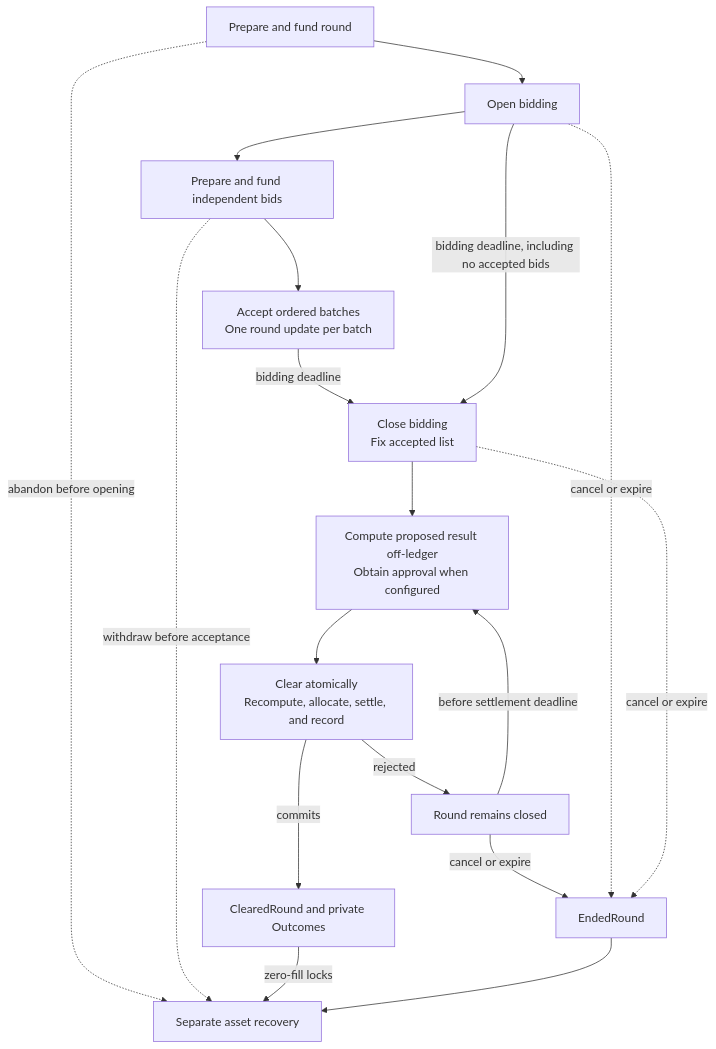
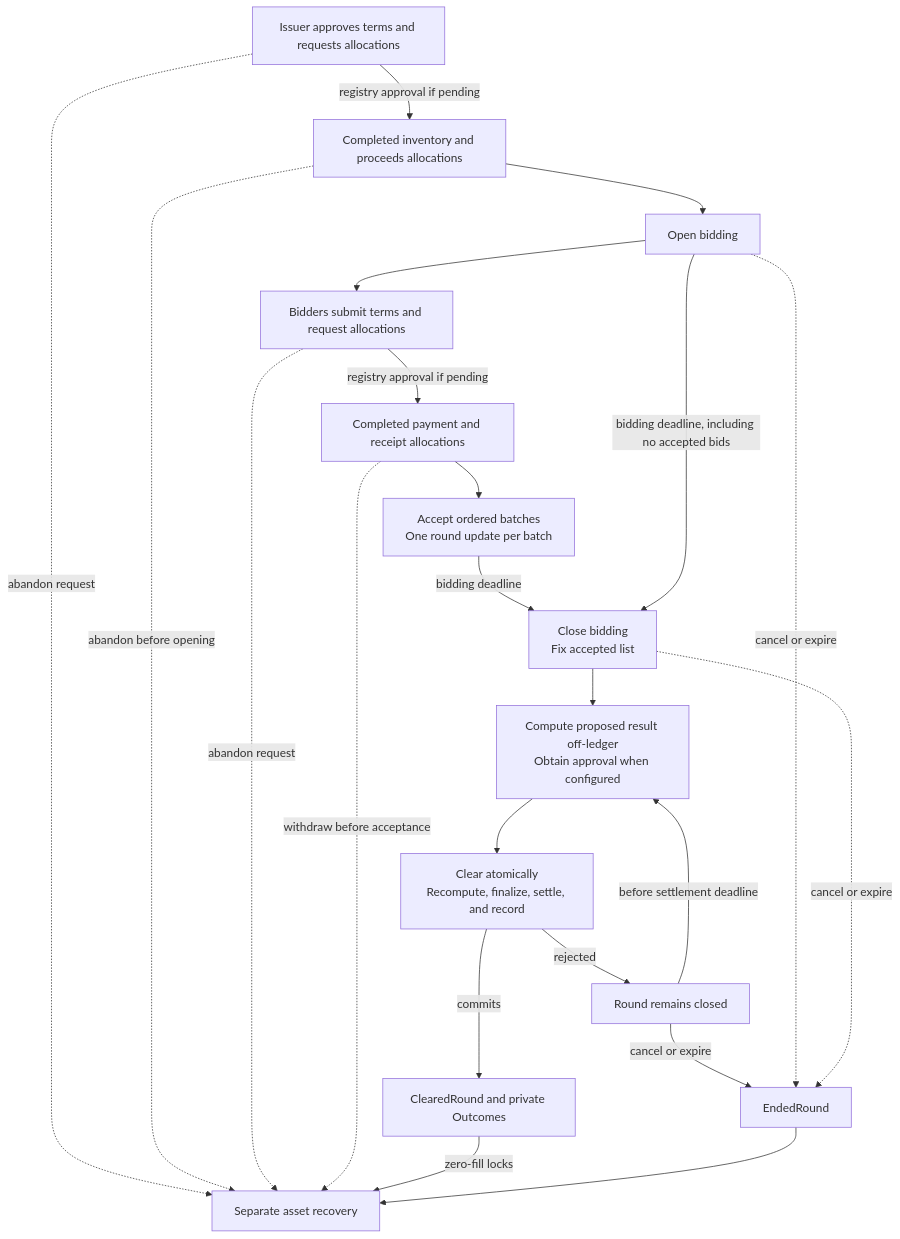
The diagram in docs/reference-architectures/confidential-auction.md (OpenZeppelin/canton-specs), drawn with Mermaid before and after one commit. The commit also changed other lines of this file, not shown here.

````diff
--- a/docs/reference-architectures/confidential-auction.md
+++ b/docs/reference-architectures/confidential-auction.md
@@ -234,20 +243,24 @@
 ```mermaid
 flowchart TB
-    PrepareRound["Prepare and fund round"] --> Open["Open bidding"]
-    Open --> PrepareBid["Prepare and fund independent bids"]
-    PrepareBid --> Accept["Accept ordered batches<br/>One round update per batch"]
+    PrepareRound["Issuer approves terms and requests allocations"] -->|"registry approval if pending"| RoundReady["Completed inventory and proceeds allocations"]
+    RoundReady --> Open["Open bidding"]
+    Open --> PrepareBid["Bidders submit terms and request allocations"]
+    PrepareBid -->|"registry approval if pending"| Ready["Completed payment and receipt allocations"]
+    Ready --> Accept["Accept ordered batches<br/>One round update per batch"]
     Accept -->|"bidding deadline"| Close["Close bidding<br/>Fix accepted list"]
     Open -->|"bidding deadline, including no accepted bids"| Close
     Close --> Propose["Compute proposed result off-ledger<br/>Obtain approval when configured"]
-    Propose --> Clear["Clear atomically<br/>Recompute, allocate, settle, and record"]
+    Propose --> Clear["Clear atomically<br/>Recompute, finalize, settle, and record"]
     Clear -->|"commits"| Done["ClearedRound and private Outcomes"]
     Clear -->|"rejected"| Retry["Round remains closed"]
     Retry -->|"before settlement deadline"| Propose
     Retry -->|"cancel or expire"| End["EndedRound"]
     Open -.->|"cancel or expire"| End
     Close -.->|"cancel or expire"| End
-    PrepareRound -.->|"abandon before opening"| Recover["Separate asset recovery"]
-    PrepareBid -.->|"withdraw before acceptance"| Recover
+    PrepareRound -.->|"abandon request"| Recover["Separate asset recovery"]
+    RoundReady -.->|"abandon before opening"| Recover
+    PrepareBid -.->|"abandon request"| Recover
+    Ready -.->|"withdraw before acceptance"| Recover
     Done -->|"zero-fill locks"| Recover
     End --> Recover
 ```
````
